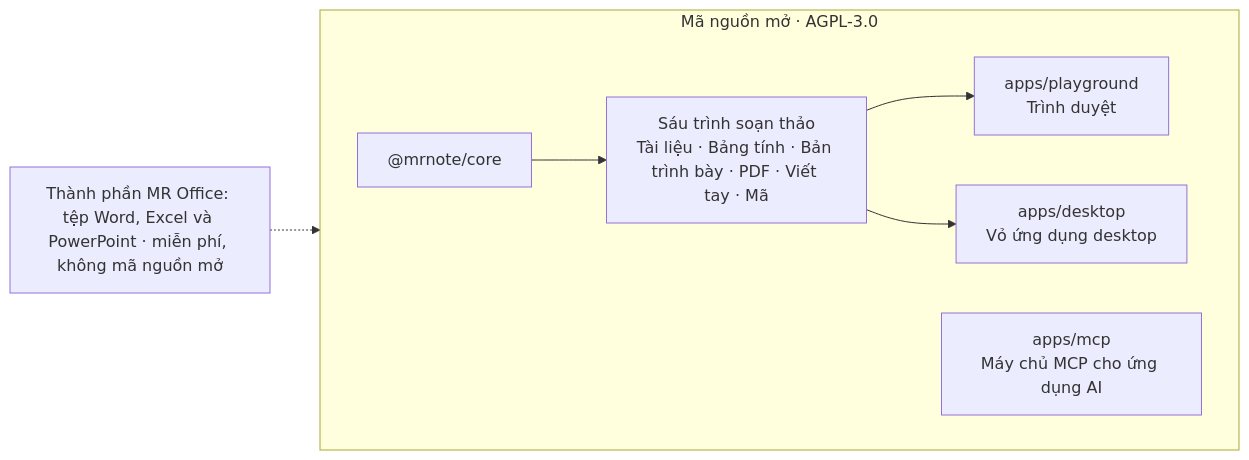
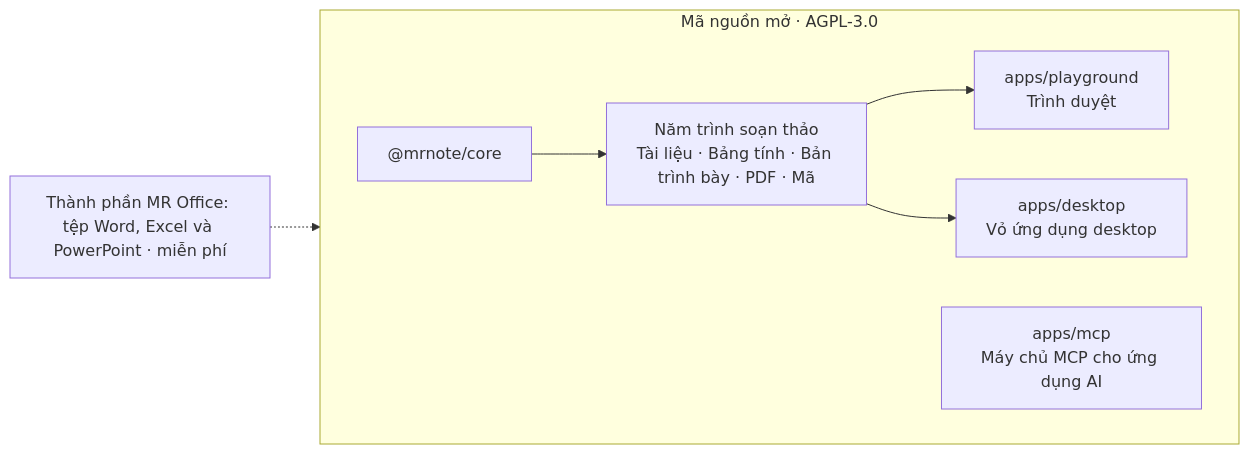
One commit to WhaleChao/MROffice changed the diagram in i18n/README.vi.md. Above: the diagram before and after it, drawn with Mermaid. The commit also changed other lines of this file and 621 other files, not shown here.

````diff
--- a/i18n/README.vi.md
+++ b/i18n/README.vi.md
@@ -130,11 +128,11 @@
 ```mermaid
 flowchart LR
   subgraph OSS["Mã nguồn mở · AGPL-3.0"]
     direction LR
-    core["@mrnote/core"] --> E["Sáu trình soạn thảo<br/>Tài liệu · Bảng tính · Bản trình bày · PDF · Viết tay · Mã"]
+    core["@mrnote/core"] --> E["Năm trình soạn thảo<br/>Tài liệu · Bảng tính · Bản trình bày · PDF · Mã"]
     E --> PG["apps/playground<br/>Trình duyệt"]
     E --> DS["apps/desktop<br/>Vỏ ứng dụng desktop"]
     MCP["apps/mcp<br/>Máy chủ MCP cho ứng dụng AI"]
   end
-  COMP["Thành phần MR Office: tệp Word, Excel và PowerPoint · miễn phí, không mã nguồn mở"] -.-> DS
+  COMP["Thành phần MR Office: tệp Word, Excel và PowerPoint · miễn phí"] -.-> DS
 ```
````
